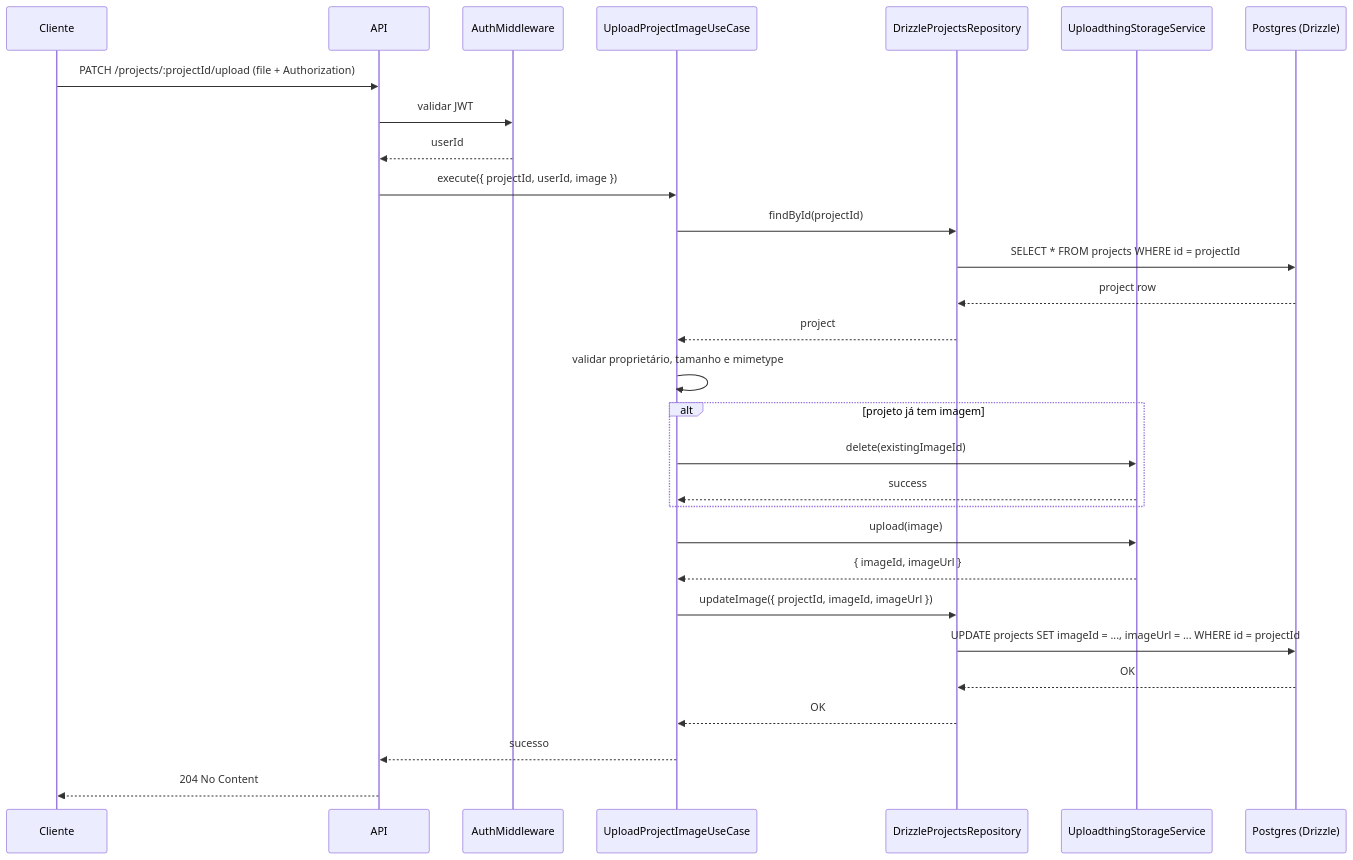
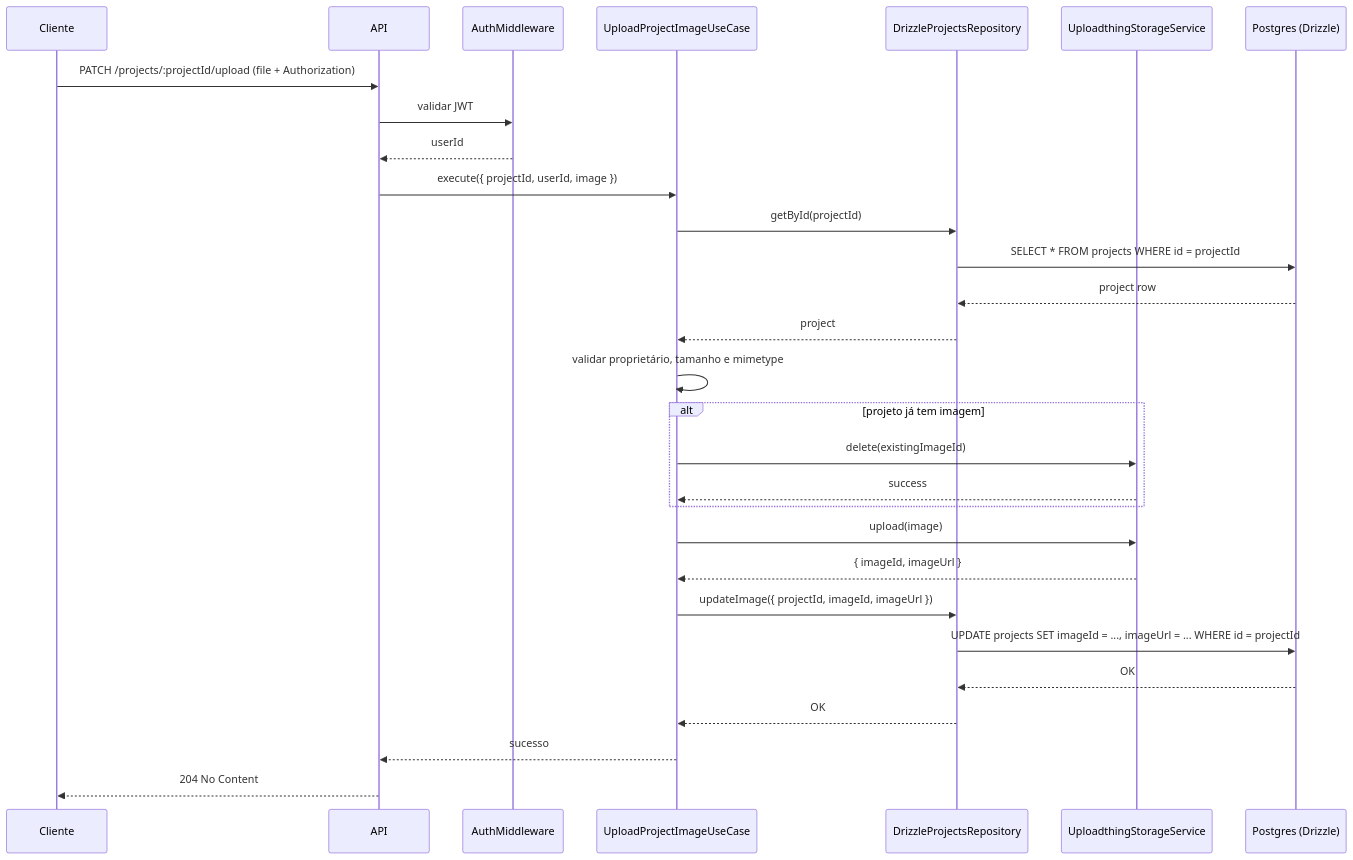
The diagram in README.md (joaovlsousa/projetoteca-api), drawn with Mermaid before and after one commit. The commit also changed 92 other files, not shown here.

Commit message:
chore: update 'find' to 'get' filenames and class names

````diff
--- a/README.md
+++ b/README.md
@@ -72,32 +72,32 @@
 ```mermaid
 sequenceDiagram
   participant C as Cliente
   participant API as API
   participant Auth as AuthMiddleware
   participant UC as UploadProjectImageUseCase
   participant Repo as DrizzleProjectsRepository
   participant Storage as UploadthingStorageService
   participant DB as Postgres (Drizzle)
 
   C->>API: PATCH /projects/:projectId/upload (file + Authorization)
   API->>Auth: validar JWT
   Auth-->>API: userId
   API->>UC: execute({ projectId, userId, image })
-  UC->>Repo: findById(projectId)
+  UC->>Repo: getById(projectId)
   Repo->>DB: SELECT * FROM projects WHERE id = projectId
   DB-->>Repo: project row
   Repo-->>UC: project
   UC->>UC: validar proprietário, tamanho e mimetype
   alt projeto já tem imagem
     UC->>Storage: delete(existingImageId)
     Storage-->>UC: success
   end
   UC->>Storage: upload(image)
   Storage-->>UC: { imageId, imageUrl }
   UC->>Repo: updateImage({ projectId, imageId, imageUrl })
   Repo->>DB: UPDATE projects SET imageId = ..., imageUrl = ... WHERE id = projectId
   DB-->>Repo: OK
   Repo-->>UC: OK
   UC-->>API: sucesso
   API-->>C: 204 No Content
 ```
````
